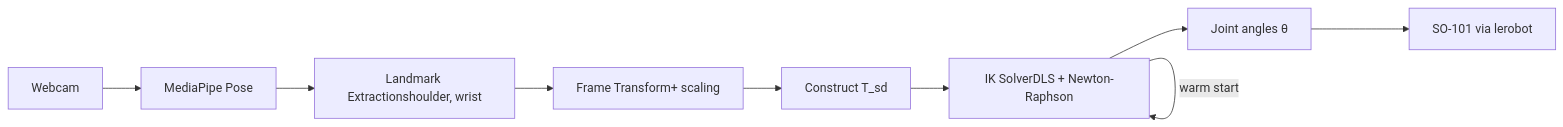
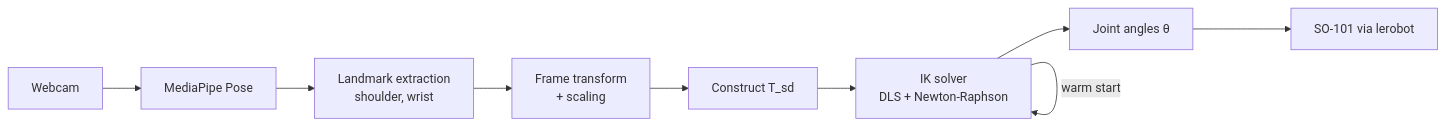
One commit to jaimelopezruiz/so101-markerless-teleop changed the diagram in DEVLOG.md. Above: the diagram before and after it, drawn with Mermaid. The commit also changed other lines of this file and 1 other file, not shown here.

````diff
--- a/DEVLOG.md
+++ b/DEVLOG.md
@@ -35,11 +55,11 @@
 ```mermaid
 flowchart LR
     A[Webcam] --> B[MediaPipe Pose]
-    B --> C[Landmark Extractionshoulder, wrist]
-    C --> D[Frame Transform+ scaling]
+    B --> C[Landmark extraction<br/>shoulder, wrist]
+    C --> D[Frame transform<br/>+ scaling]
     D --> E[Construct T_sd]
-    E --> F[IK SolverDLS + Newton-Raphson]
+    E --> F[IK solver<br/>DLS + Newton-Raphson]
     F --> G[Joint angles θ]
     G --> H[SO-101 via lerobot]
     F -- warm start --> F
 ```
````
